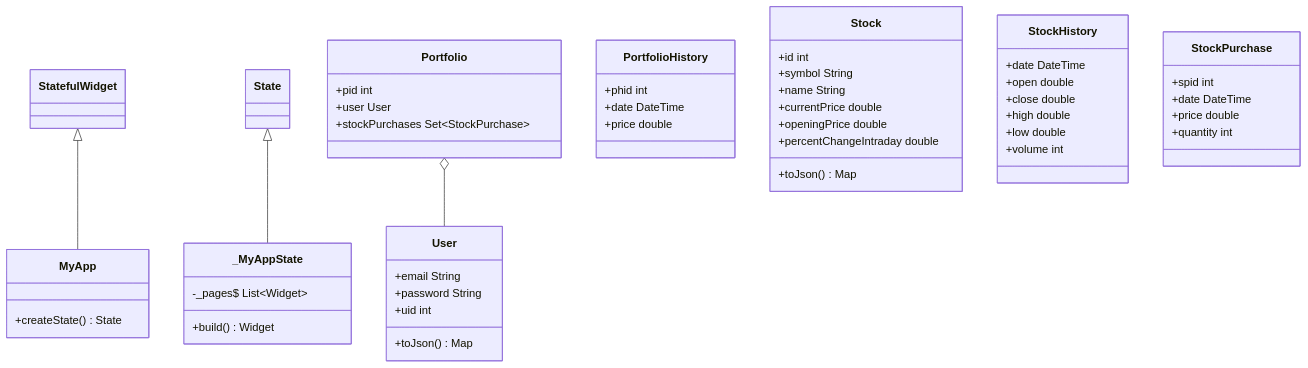
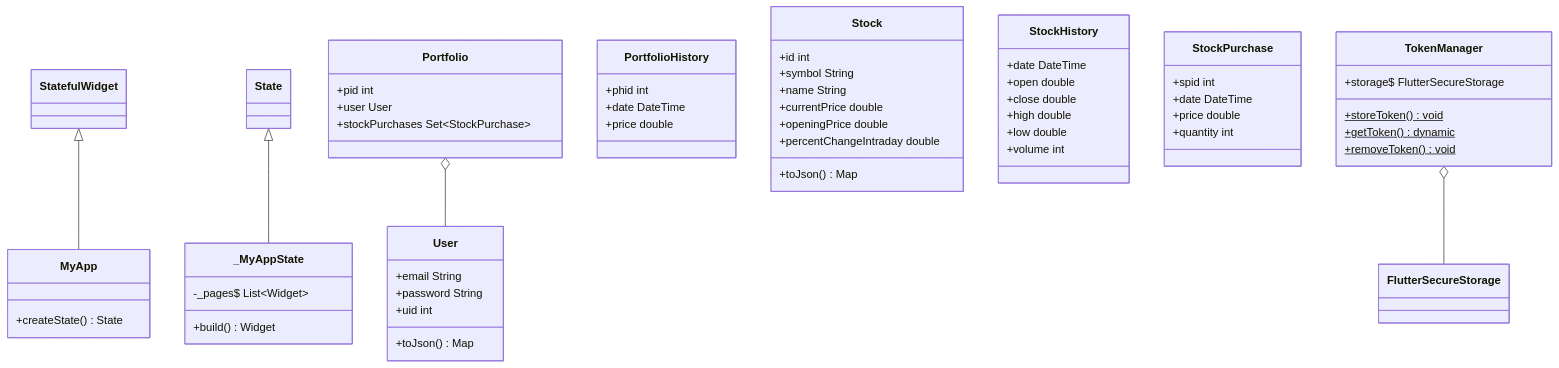
One commit to rednas-source/ExpensesApp changed the diagram in README.md. Above: the diagram before and after it, drawn with Mermaid.

````diff
--- a/README.md
+++ b/README.md
@@ -21,53 +21,60 @@
 ```mermaid
 classDiagram
 class MyApp
 MyApp : +createState() State<MyApp>
 StatefulWidget <|-- MyApp
 
 class _MyAppState
 _MyAppState : -_pages$ List~Widget~
 _MyAppState : +build() Widget
 State <|-- _MyAppState
 
 class Portfolio
 Portfolio : +pid int
 Portfolio : +user User
 Portfolio o-- User
 Portfolio : +stockPurchases Set~StockPurchase~
 
 class PortfolioHistory
 PortfolioHistory : +phid int
 PortfolioHistory : +date DateTime
 PortfolioHistory : +price double
 
 class Stock
 Stock : +id int
 Stock : +symbol String
 Stock : +name String
 Stock : +currentPrice double
 Stock : +openingPrice double
 Stock : +percentChangeIntraday double
 Stock : +toJson() Map<String, dynamic>
 
 class StockHistory
 StockHistory : +date DateTime
 StockHistory : +open double
 StockHistory : +close double
 StockHistory : +high double
 StockHistory : +low double
 StockHistory : +volume int
 
 
 class StockPurchase
 StockPurchase : +spid int
 StockPurchase : +date DateTime
 StockPurchase : +price double
 StockPurchase : +quantity int
 
 class User
 User : +email String
 User : +password String
 User : +uid int
 User : +toJson() Map<String, dynamic>
 
+class TokenManager
+TokenManager : +storage$ FlutterSecureStorage
+TokenManager o-- FlutterSecureStorage
+TokenManager : +storeToken()$ void
+TokenManager : +getToken()$ dynamic
+TokenManager : +removeToken()$ void
+
 ```
````
